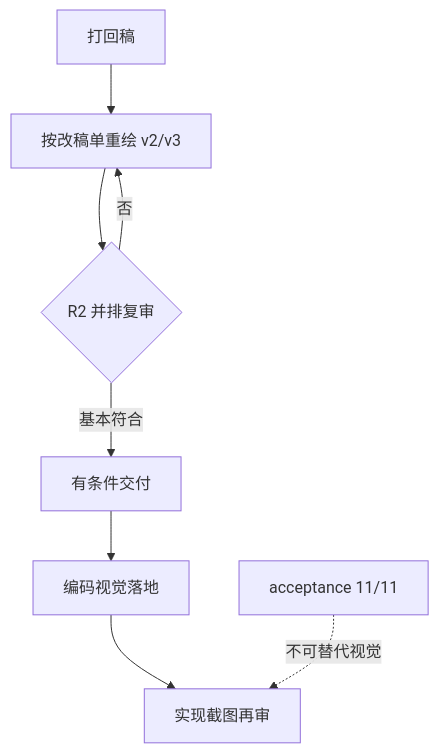
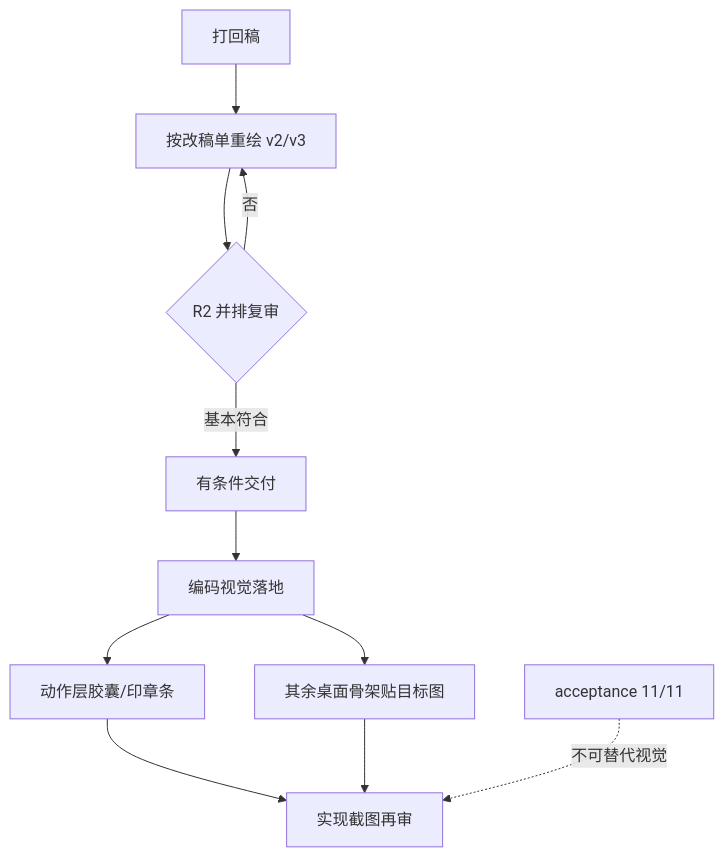
The diagram in docs/handoff-majiang-ui-fidelity-progress-20260917.md (business4wangyi/majiang1), drawn with Mermaid before and after one commit. The commit also changed other lines of this file and 3 other files, not shown here.

````diff
--- a/docs/handoff-majiang-ui-fidelity-progress-20260917.md
+++ b/docs/handoff-majiang-ui-fidelity-progress-20260917.md
@@ -9,10 +9,13 @@
 ```mermaid
 flowchart TD
   A[打回稿] --> B[按改稿单重绘 v2/v3]
   B --> C{R2 并排复审}
   C -->|基本符合| D[有条件交付]
   D --> E[编码视觉落地]
-  E --> F[实现截图再审]
+  E --> E1[动作层胶囊/印章条]
+  E1 --> F[实现截图再审]
+  E --> E2[其余桌面骨架贴目标图]
+  E2 --> F
   C -->|否| B
   G[acceptance 11/11] -.->|不可替代视觉| F
 ```
````
